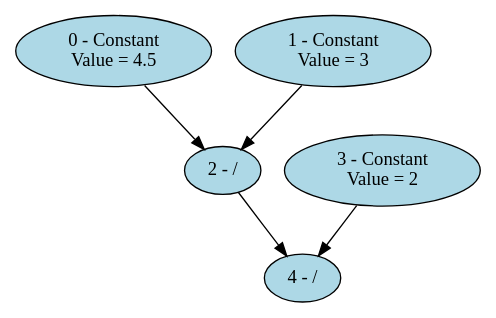
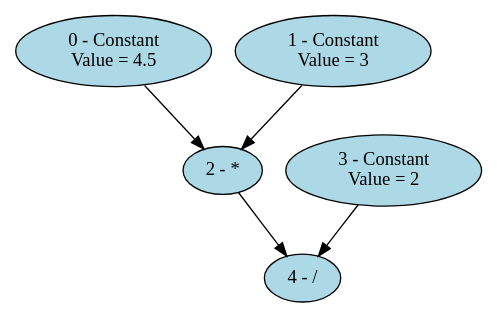
The diagram in code/dot/simple.dot (BentleyJOakes/SourceToSimulink), drawn with Graphviz before and after one commit. The commit also changed 4 other files, not shown here.

```diff
--- a/code/dot/simple.dot
+++ b/code/dot/simple.dot
@@ -1,11 +1,11 @@
 digraph simple {
 "0 - Constant\n Value = 4.5" [style=filled, fillcolor=lightblue];
 "1 - Constant\n Value = 3" [style=filled, fillcolor=lightblue];
-"2 - /" [style=filled, fillcolor=lightblue];
+"2 - *" [style=filled, fillcolor=lightblue];
 "3 - Constant\n Value = 2" [style=filled, fillcolor=lightblue];
 "4 - /" [style=filled, fillcolor=lightblue];
-"0 - Constant\n Value = 4.5" -> "2 - /";
-"1 - Constant\n Value = 3" -> "2 - /";
-"2 - /" -> "4 - /";
+"0 - Constant\n Value = 4.5" -> "2 - *";
+"1 - Constant\n Value = 3" -> "2 - *";
+"2 - *" -> "4 - /";
 "3 - Constant\n Value = 2" -> "4 - /";
 }
```
